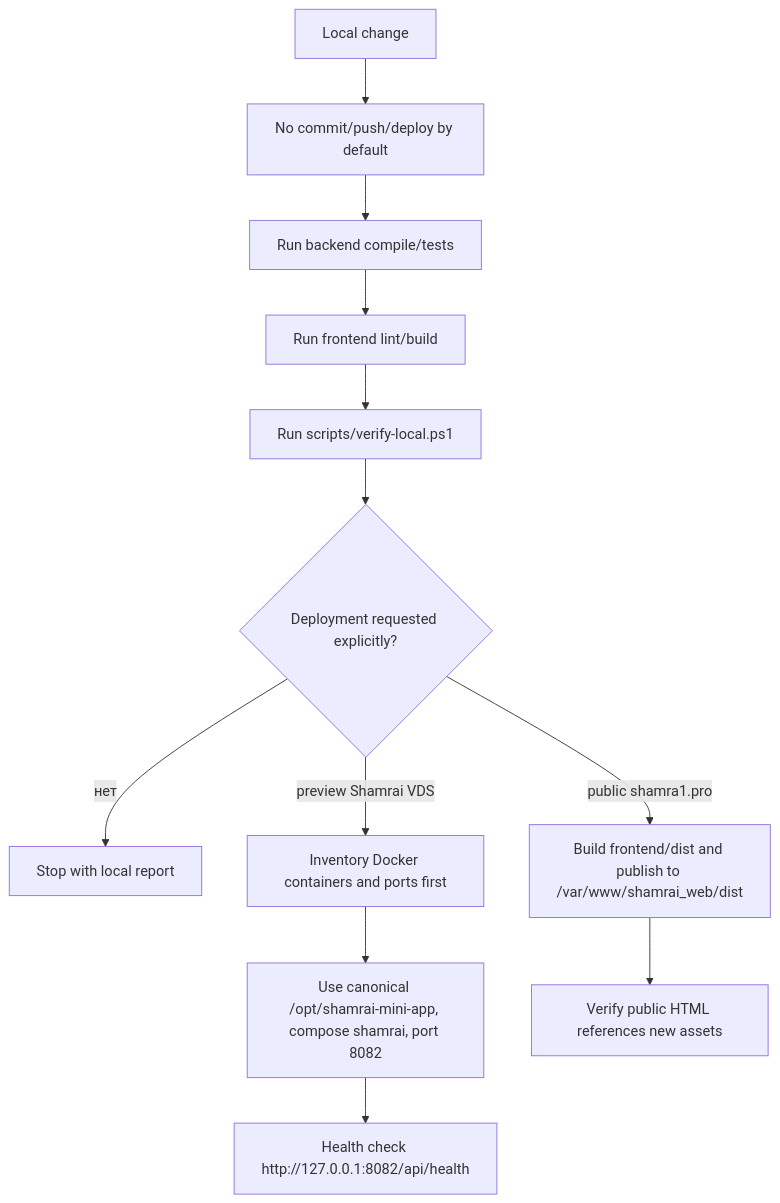
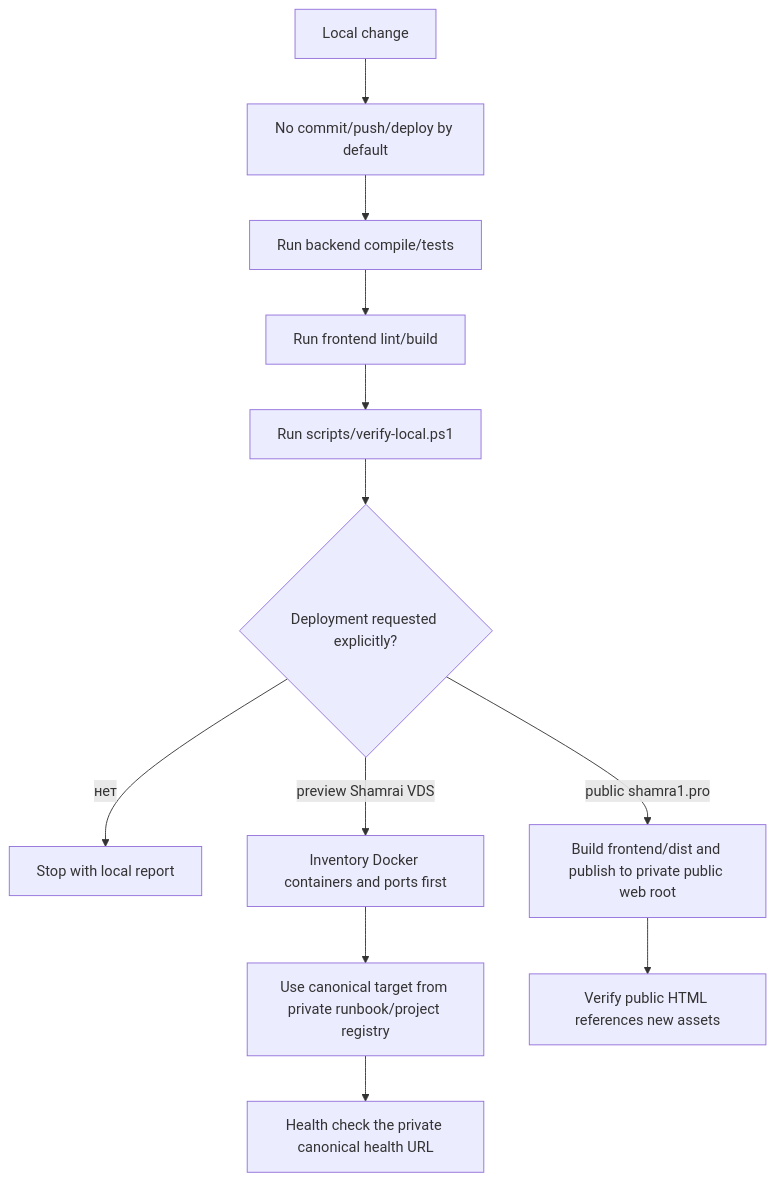
One commit to inftverezovsky/Mini-Web-Shamrai- changed the sixth of 6 diagrams in docs/process-flows.md. Above: the diagram before and after it, drawn with Mermaid. The commit also changed 53 other files, not shown here.

````diff
--- a/docs/process-flows.md
+++ b/docs/process-flows.md
@@ -106,14 +106,14 @@
 ```mermaid
 flowchart TD
   A["Local change"] --> B["No commit/push/deploy by default"]
   B --> C["Run backend compile/tests"]
   C --> D["Run frontend lint/build"]
   D --> E["Run scripts/verify-local.ps1"]
   E --> F{"Deployment requested explicitly?"}
   F -- "нет" --> G["Stop with local report"]
   F -- "preview Shamrai VDS" --> H["Inventory Docker containers and ports first"]
-  H --> I["Use canonical /opt/shamrai-mini-app, compose shamrai, port 8082"]
-  I --> J["Health check http://127.0.0.1:8082/api/health"]
-  F -- "public shamra1.pro" --> K["Build frontend/dist and publish to /var/www/shamrai_web/dist"]
+  H --> I["Use canonical target from private runbook/project registry"]
+  I --> J["Health check the private canonical health URL"]
+  F -- "public shamra1.pro" --> K["Build frontend/dist and publish to private public web root"]
   K --> L["Verify public HTML references new assets"]
 ```
````
